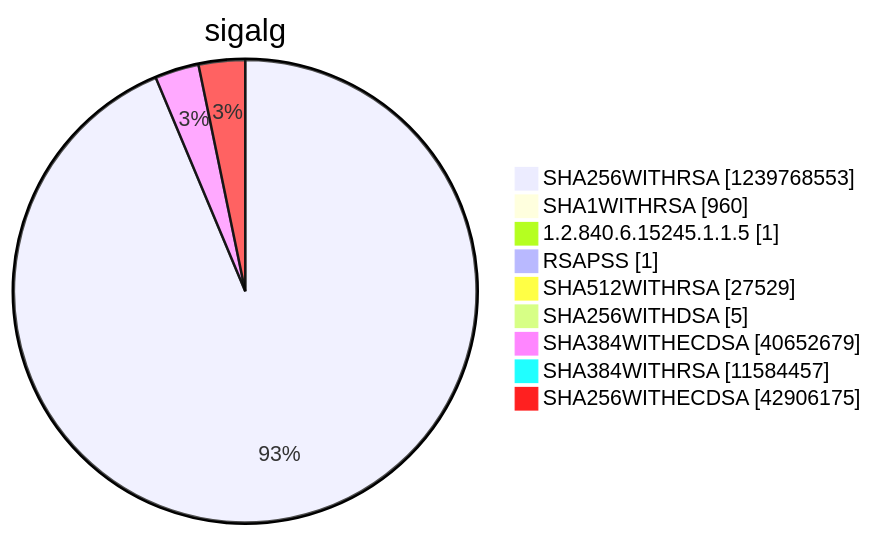
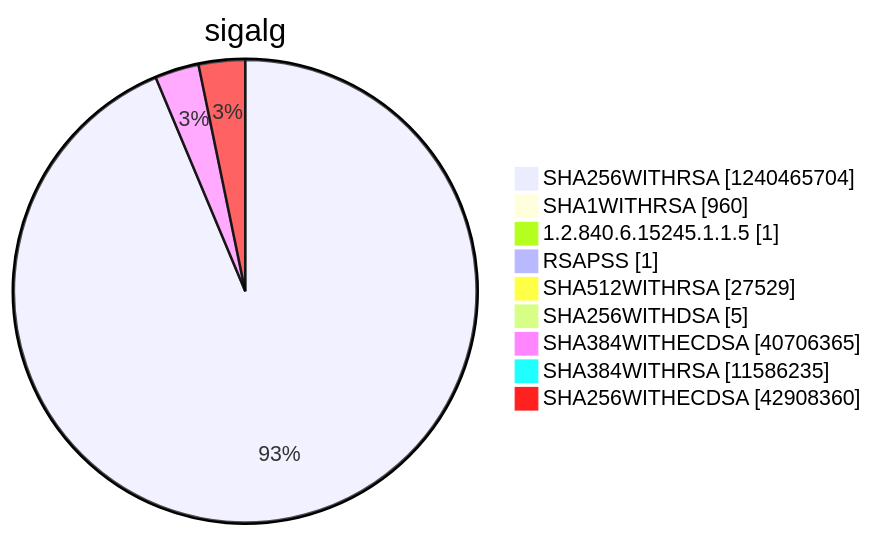
Diagram 15 of 15 in argon2022/README.md (christiankrug/ctmonitor_visualization), drawn with Mermaid before and after one commit. The commit also changed other lines of this file, not shown here.

````diff
--- a/argon2022/README.md
+++ b/argon2022/README.md
@@ -5522,13 +5522,13 @@
 ```mermaid
 pie showData
 title sigalg
-"SHA256WITHRSA" :1239768553
+"SHA256WITHRSA" :1240465704
 "SHA1WITHRSA" :960
 "1.2.840.6.15245.1.1.5" :1
 "RSAPSS" :1
 "SHA512WITHRSA" :27529
 "SHA256WITHDSA" :5
-"SHA384WITHECDSA" :40652679
-"SHA384WITHRSA" :11584457
-"SHA256WITHECDSA" :42906175
+"SHA384WITHECDSA" :40706365
+"SHA384WITHRSA" :11586235
+"SHA256WITHECDSA" :42908360
 ```
````
